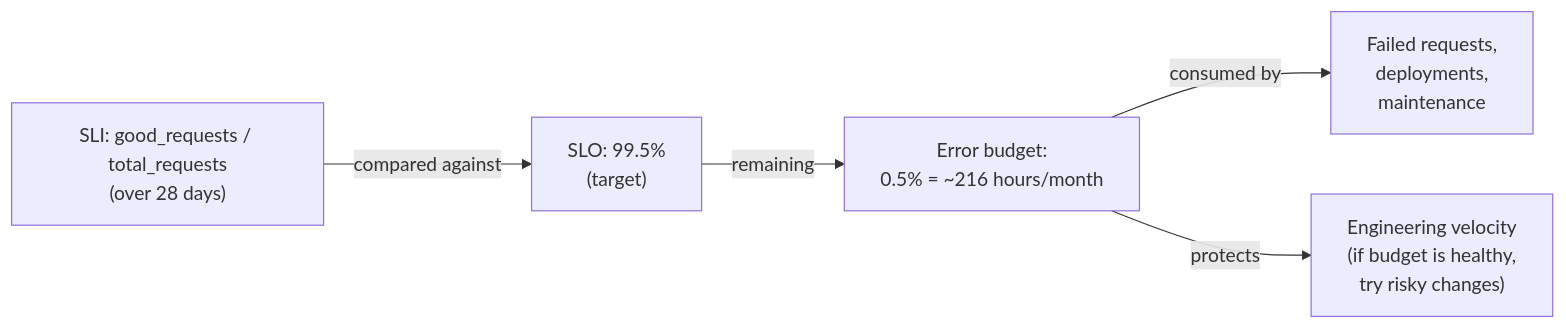
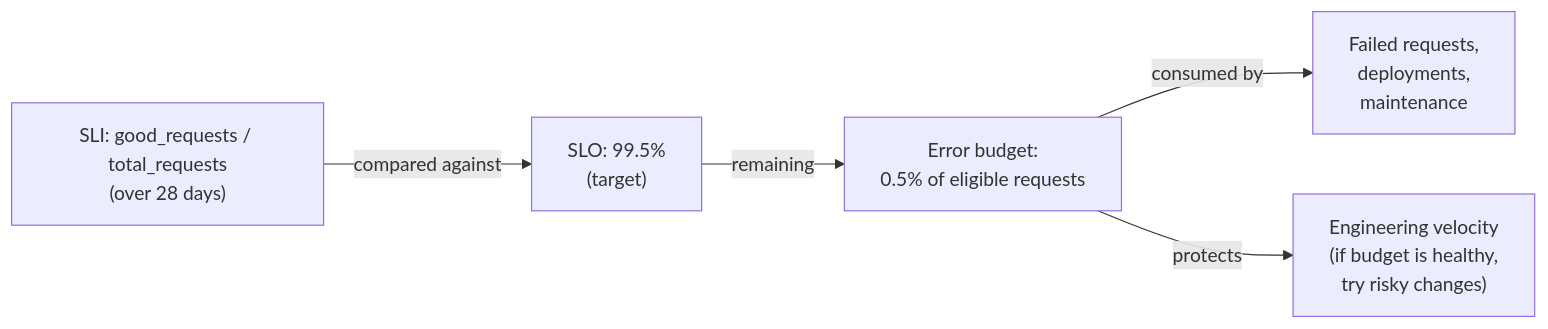
Before and after one commit to darshan-raul/apollo11-docs: the diagram in docs/learn/observability/queries-alerts-and-objectives.md, drawn with Mermaid. The commit also changed other lines of this file and 15 other files, not shown here.

```diff
--- a/docs/learn/observability/queries-alerts-and-objectives.md
+++ b/docs/learn/observability/queries-alerts-and-objectives.md
@@ -61,7 +61,7 @@
 ~~~mermaid
 flowchart LR
   SLI["SLI: good_requests / total_requests\n(over 28 days)"] -->|compared against| SLO["SLO: 99.5%\n(target)"]
-  SLO -->|remaining| Budget["Error budget:\n0.5% = ~216 hours/month"]
+  SLO -->|remaining| Budget["Error budget:\n0.5% of eligible requests"]
   Budget -->|consumed by| Incidents["Failed requests,\ndeployments,\nmaintenance"]
   Budget -->|protects| Velocity["Engineering velocity\n(if budget is healthy,\ntry risky changes)"]
 ~~~
```
